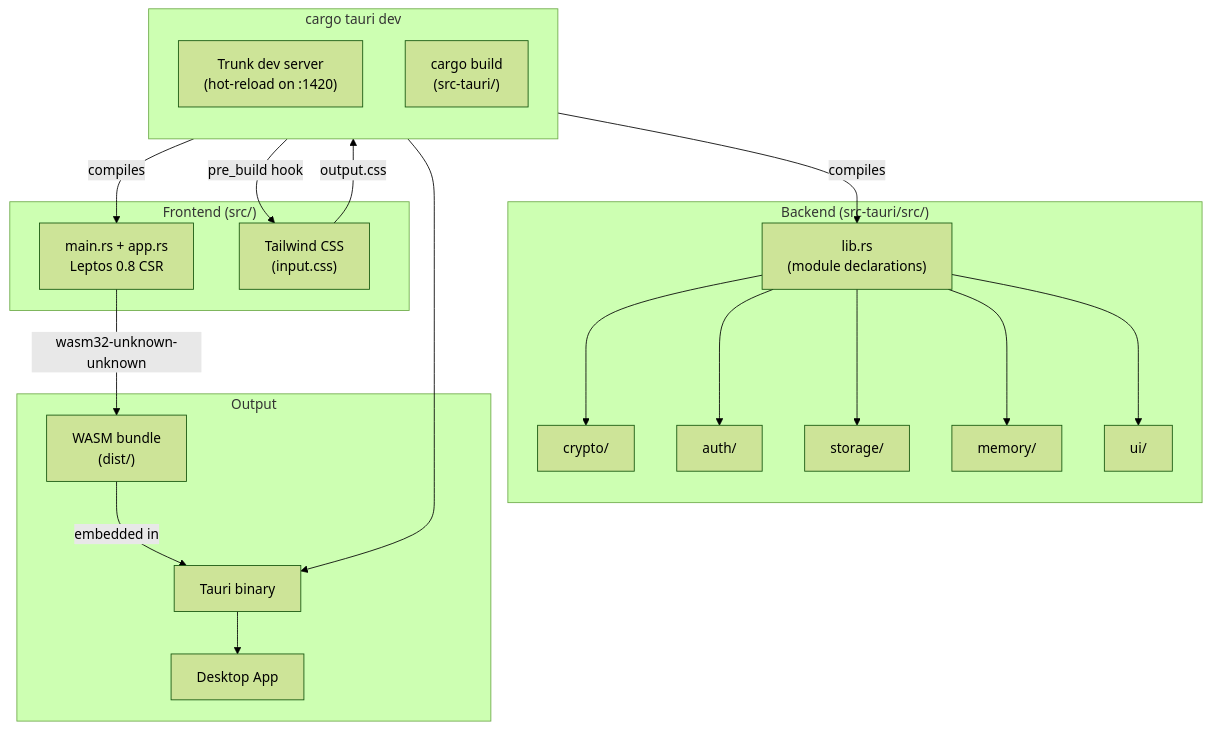
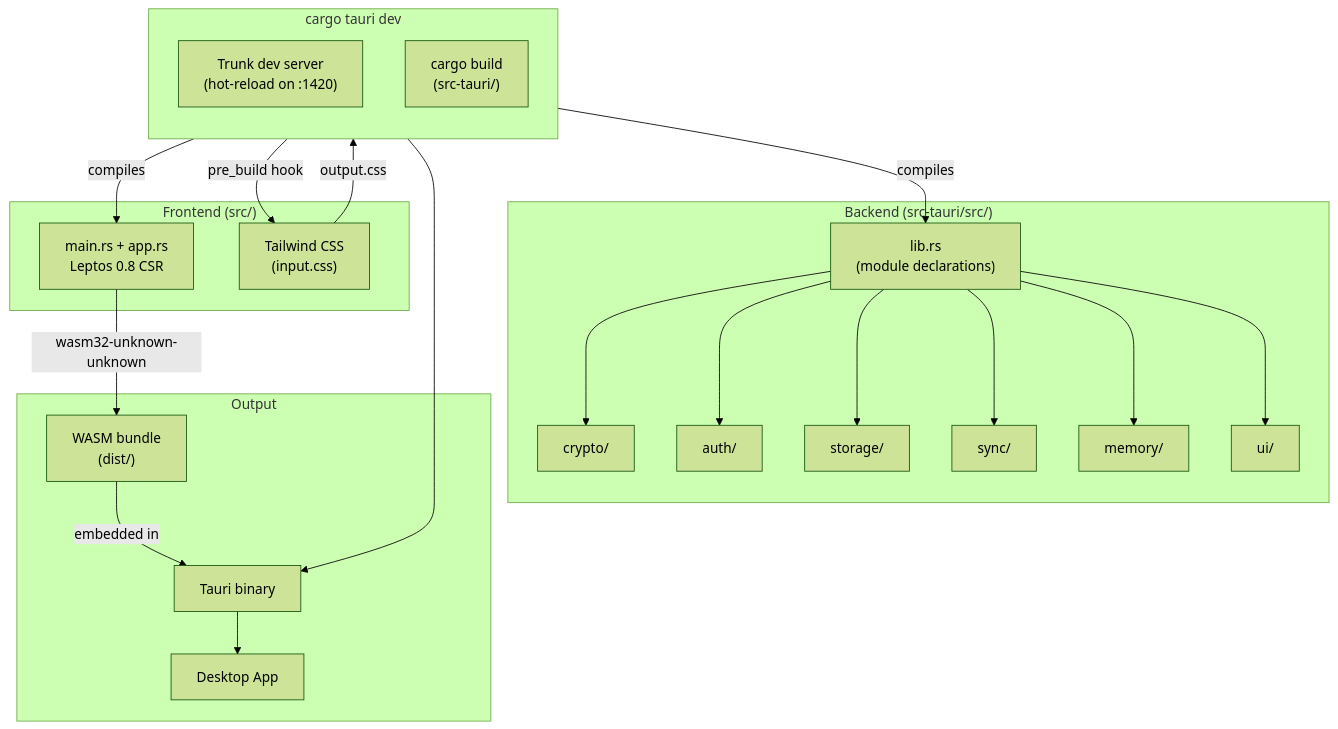
One commit to salgaard/arx-runa changed the first of 3 diagrams in docs/architecture/designs/project-scaffolding/diagrams/build-pipeline.md. Above: the diagram before and after it, drawn with Mermaid (forest theme). The commit also changed 38 other files, not shown here.

````diff
--- a/docs/architecture/designs/project-scaffolding/diagrams/build-pipeline.md
+++ b/docs/architecture/designs/project-scaffolding/diagrams/build-pipeline.md
@@ -5,40 +5,41 @@
 ```mermaid
 flowchart TB
     subgraph dev["cargo tauri dev"]
         direction TB
         trunk["Trunk dev server<br/>(hot-reload on :1420)"]
         cargo["cargo build<br/>(src-tauri/)"]
     end
 
     subgraph frontend["Frontend (src/)"]
         leptos["main.rs + app.rs<br/>Leptos 0.8 CSR"]
         tailwind["Tailwind CSS<br/>(input.css)"]
     end
 
     subgraph backend["Backend (src-tauri/src/)"]
         lib["lib.rs<br/>(module declarations)"]
         crypto["crypto/"]
         auth["auth/"]
         storage["storage/"]
+        sync["sync/"]
         memory["memory/"]
         ui["ui/"]
     end
 
     subgraph output["Output"]
         wasm["WASM bundle<br/>(dist/)"]
         bin["Tauri binary"]
         app["Desktop App"]
     end
 
     trunk -->|"pre_build hook"| tailwind
     tailwind -->|"output.css"| trunk
     trunk -->|"compiles"| leptos
     leptos -->|"wasm32-unknown-unknown"| wasm
 
     cargo -->|"compiles"| lib
-    lib --> crypto & auth & storage & memory & ui
+    lib --> crypto & auth & storage & sync & memory & ui
     cargo --> bin
 
     wasm -->|"embedded in"| bin
     bin --> app
 ```
````
